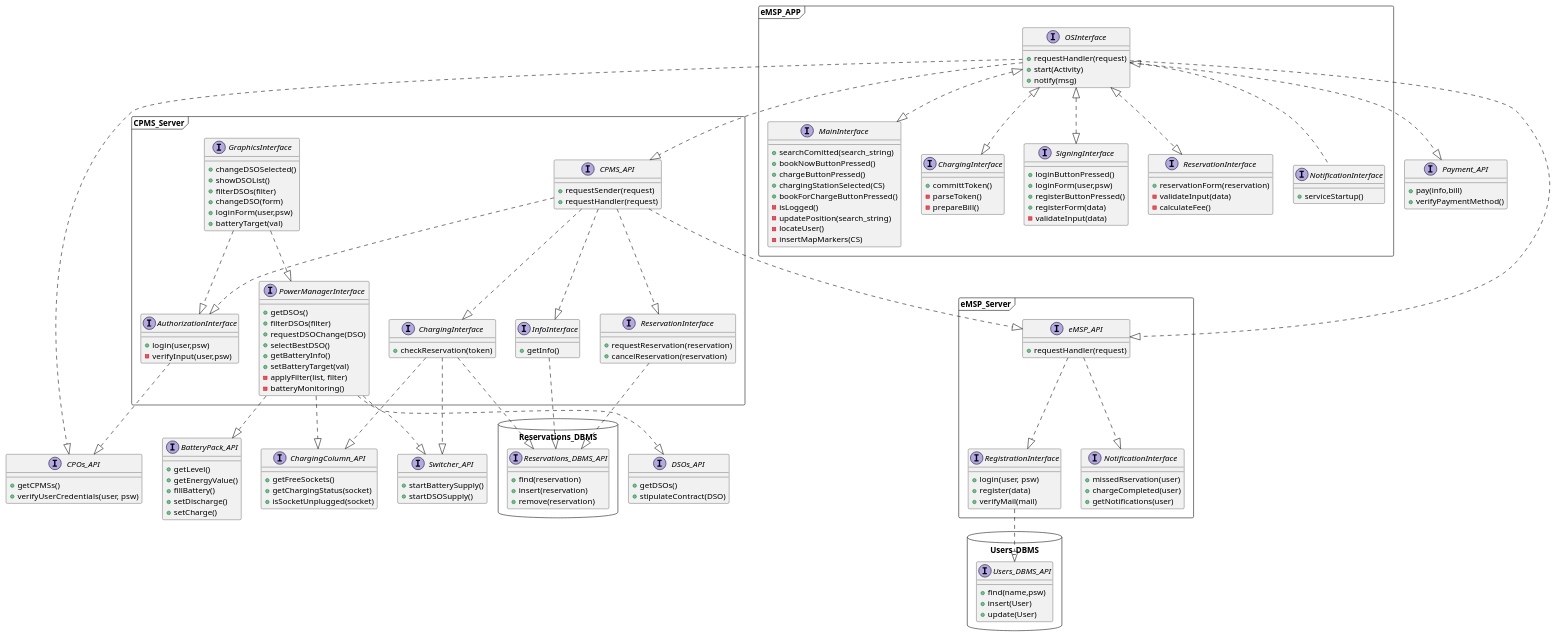
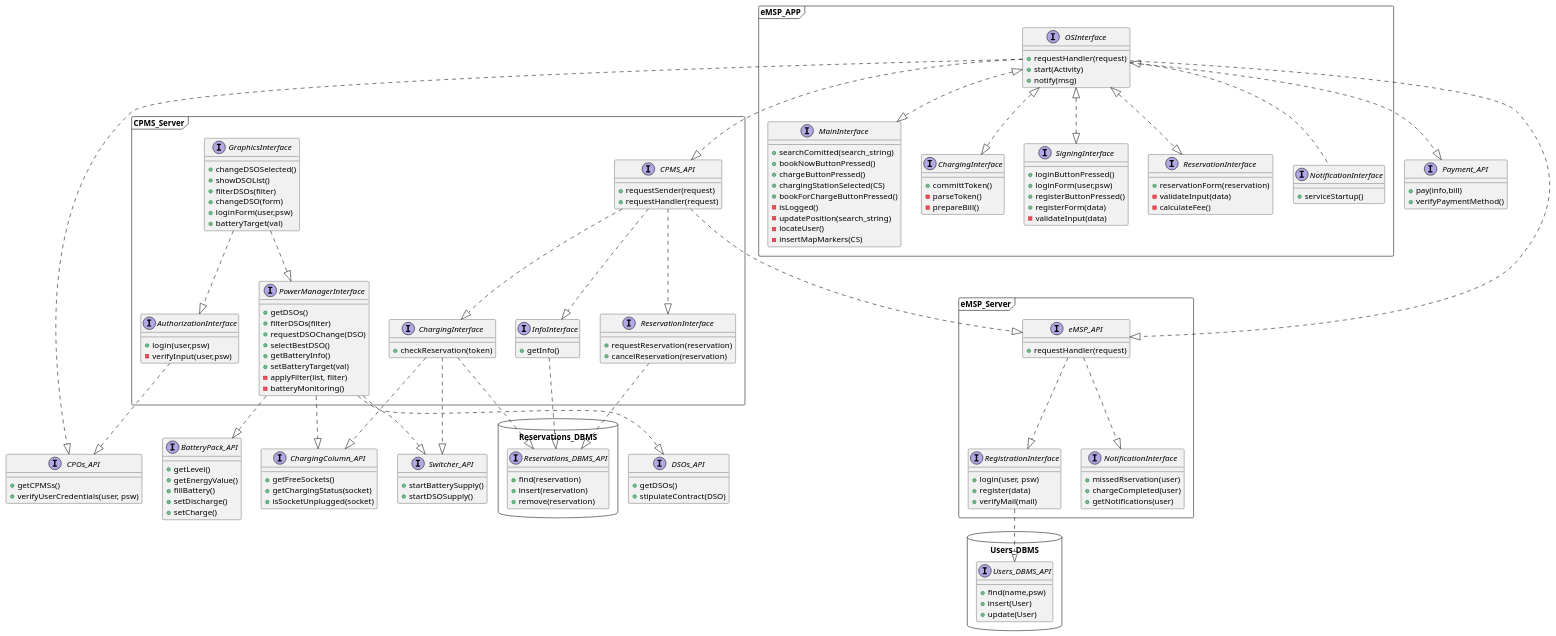
Before and after one commit to RiccardoBravin/BravinFeltrin: the diagram in DD/class/Class diagram.wsd, drawn with PlantUML. The commit also changed 6 other files, not shown here.

```diff
--- a/DD/class/Class diagram.wsd
+++ b/DD/class/Class diagram.wsd
@@ -130,7 +130,6 @@
 	
 	CPMS_API..|>ReservationInterface
 	CPMS_API..|>InfoInterface
-	CPMS_API..|>AuthorizationInterface
 	CPMS_API..|>ChargingInterface
 	
 
```
